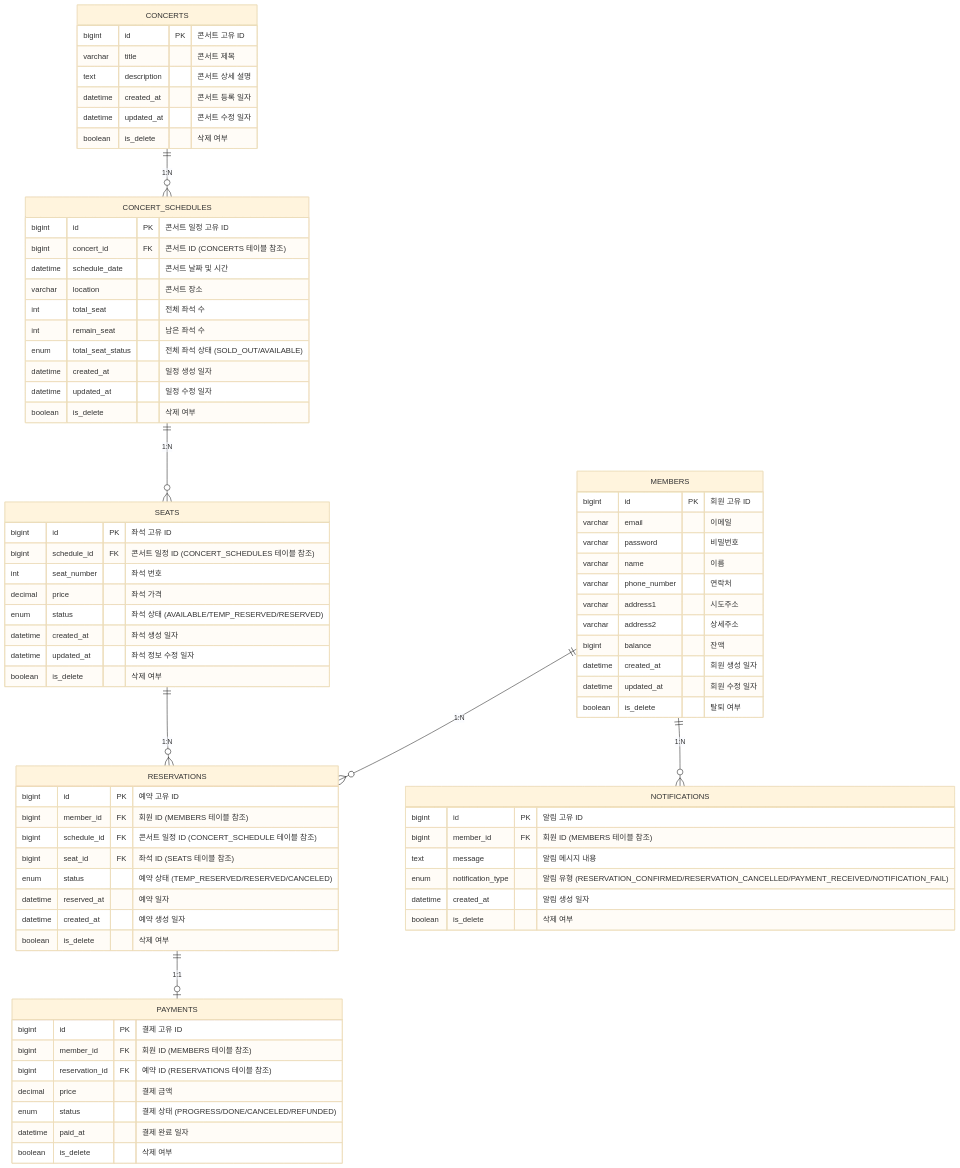
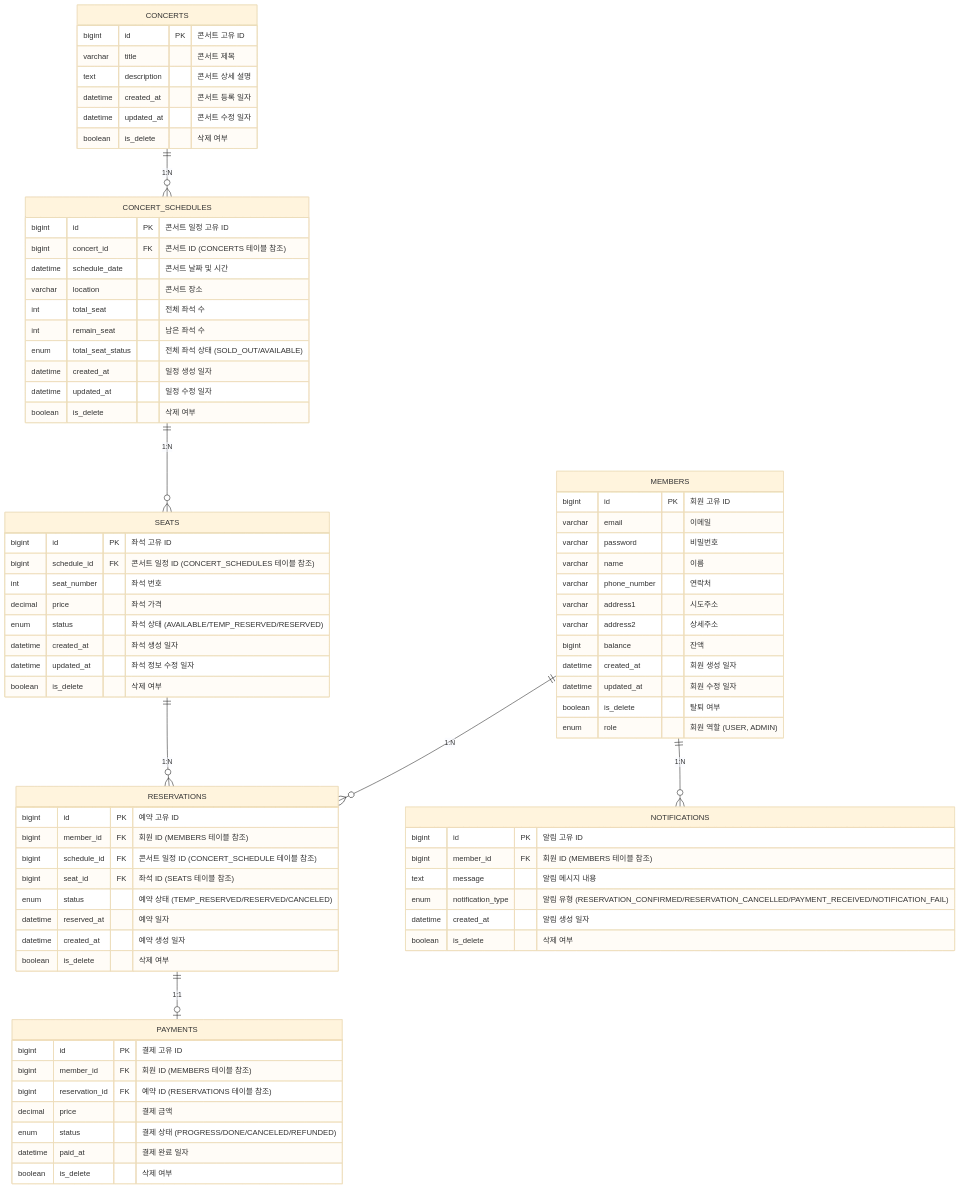
Before and after one commit to gpfksdlrn/concert-service: the diagram in docs/erd.md, drawn with Mermaid (base theme). The commit also changed 1 other file, not shown here.

Commit message:
fix: 회원, 관리자 역할 추가

```diff
--- a/docs/erd.md
+++ b/docs/erd.md
@@ -13,6 +13,7 @@
         datetime created_at "회원 생성 일자"
         datetime updated_at "회원 수정 일자"
         boolean is_delete "탈퇴 여부"
+        enum role "회원 역할 (USER, ADMIN)"
     }
 
     CONCERTS {
```
